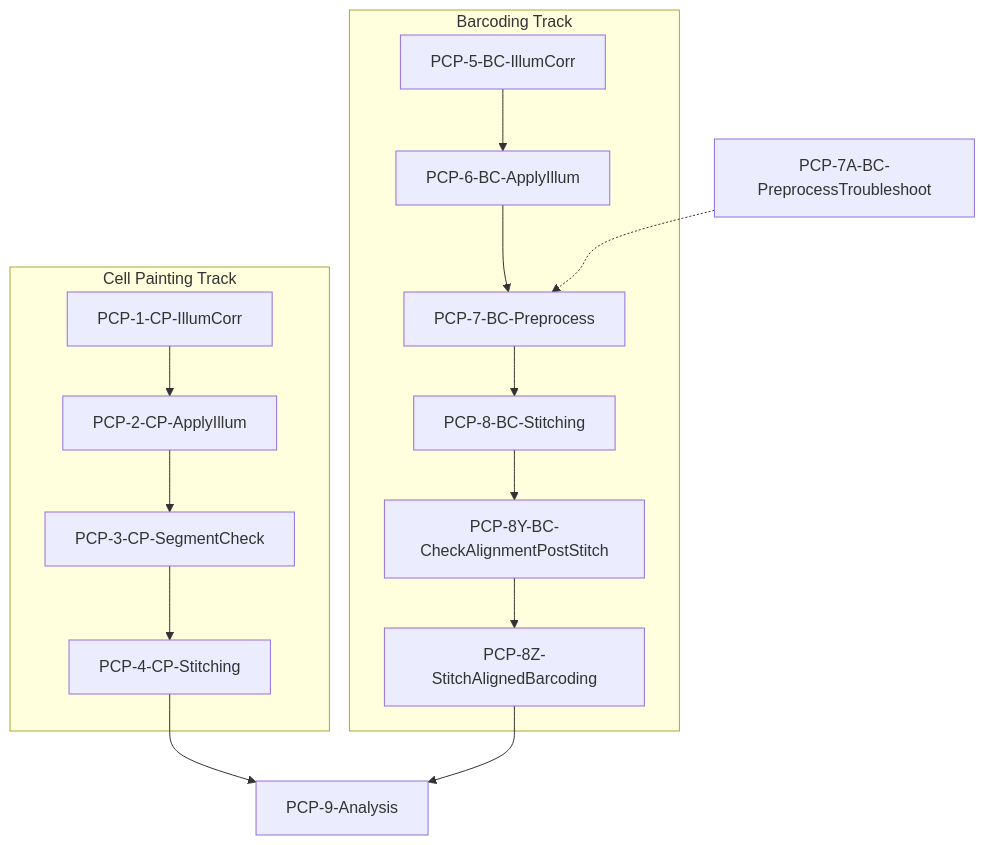
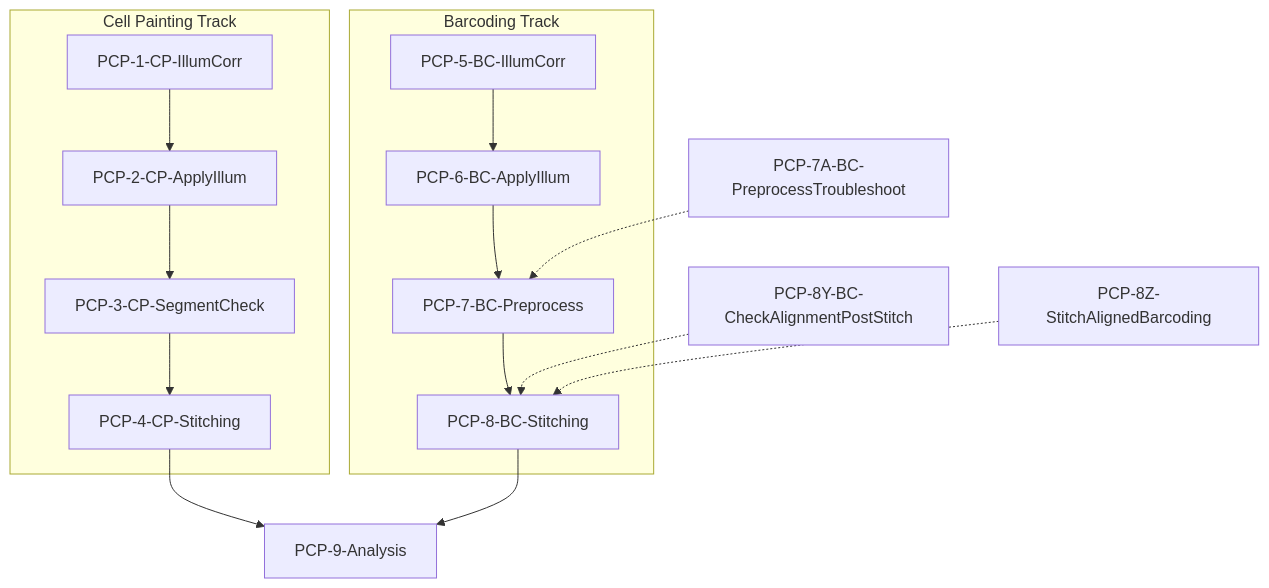
The first of 2 diagrams in docs/CellProfiler_Pipeline_Details.md (shntnu/pooled-cell-painting-image-processing), drawn with Mermaid before and after one commit. The commit also changed other lines of this file, not shown here.

````diff
--- a/docs/CellProfiler_Pipeline_Details.md
+++ b/docs/CellProfiler_Pipeline_Details.md
@@ -27,20 +27,21 @@
 ```mermaid
 flowchart TD
     subgraph "Cell Painting Track"
         PCP1[PCP-1-CP-IllumCorr] --> PCP2[PCP-2-CP-ApplyIllum]
         PCP2 --> PCP3[PCP-3-CP-SegmentCheck]
         PCP3 --> PCP4[PCP-4-CP-Stitching]
     end
     
     subgraph "Barcoding Track"
         PCP5[PCP-5-BC-IllumCorr] --> PCP6[PCP-6-BC-ApplyIllum]
         PCP6 --> PCP7[PCP-7-BC-Preprocess]
         PCP7 --> PCP8[PCP-8-BC-Stitching]
-        PCP8 --> PCP8Y[PCP-8Y-BC-CheckAlignmentPostStitch]
-        PCP8Y --> PCP8Z[PCP-8Z-StitchAlignedBarcoding]
     end
     
-    PCP4 & PCP8Z --> PCP9[PCP-9-Analysis]
+    PCP4 & PCP8 --> PCP9[PCP-9-Analysis]
+
+    PCP8Y[PCP-8Y-BC-CheckAlignmentPostStitch] -.-> PCP8
+    PCP8Z[PCP-8Z-StitchAlignedBarcoding] -.-> PCP8
     
     PCP7A[PCP-7A-BC-PreprocessTroubleshoot] -.-> PCP7
 ```
````
